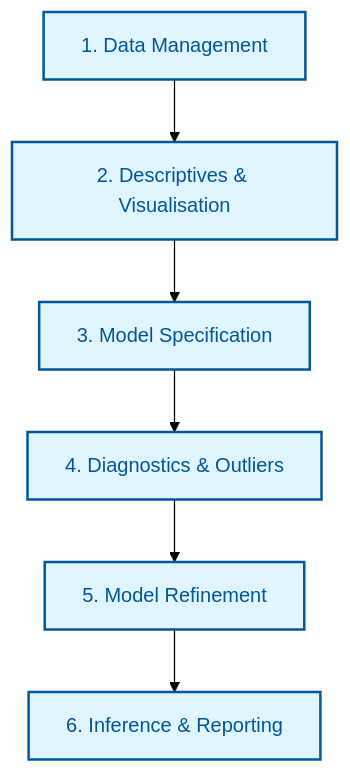
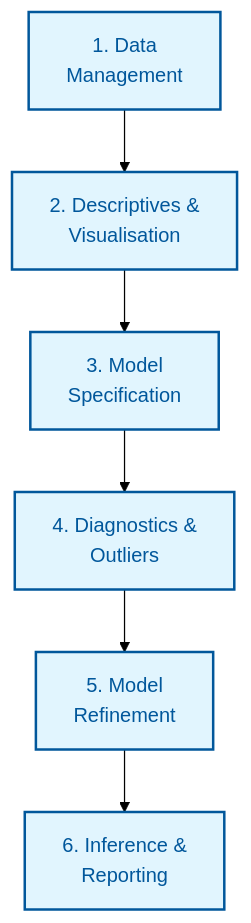
One commit to GM024/CourseSummaries changed the second of 2 diagrams in Mixed_Effects_Models/Complete Literature Over.md. Above: the diagram before and after it, drawn with Mermaid (forest theme).

Commit message:
Fix text clipping in Typical Steps flowchart using line breaks

````diff
--- a/Mixed_Effects_Models/Complete Literature Over.md
+++ b/Mixed_Effects_Models/Complete Literature Over.md
@@ -115,11 +115,18 @@
 ```mermaid
 graph TD
-    R1[1. Data Management] --> R2[2. Descriptives & Visualisation]
-    R2 --> R3[3. Model Specification]
-    R3 --> R4[4. Diagnostics & Outliers]
-    R4 --> R5[5. Model Refinement]
-    R5 --> R6[6. Inference & Reporting]
+    R1[1. Data<br/>Management]
+    R2[2. Descriptives &<br/>Visualisation]
+    R3[3. Model<br/>Specification]
+    R4[4. Diagnostics &<br/>Outliers]
+    R5[5. Model<br/>Refinement]
+    R6[6. Inference &<br/>Reporting]
+
+    R1 --> R2
+    R2 --> R3
+    R3 --> R4
+    R4 --> R5
+    R5 --> R6
 
     classDef workflow fill:#e1f5fe,stroke:#01579b,stroke-width:2px,color:#01579b;
     class R1,R2,R3,R4,R5,R6 workflow
 ```
````
